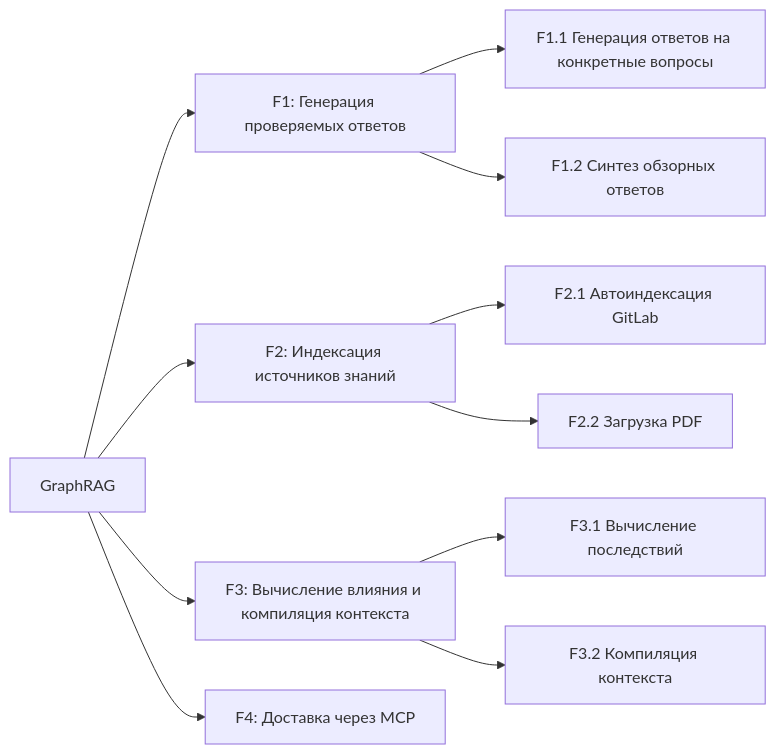
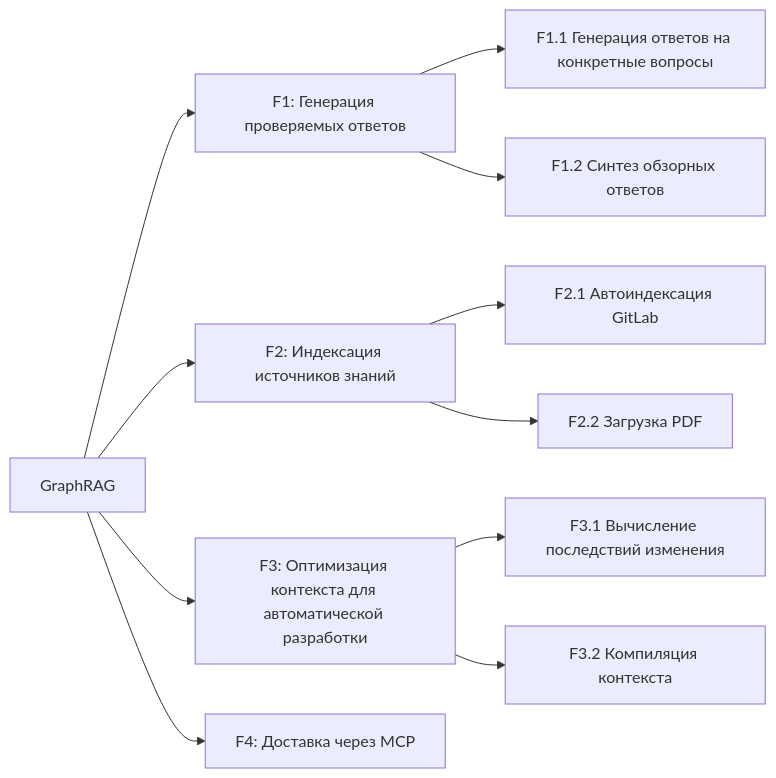
Before and after one commit to n-marusov/graphrag: the first of 2 diagrams in specs/vision.md, drawn with Mermaid. The commit also changed other lines of this file and 1 other file, not shown here.

````diff
--- a/specs/vision.md
+++ b/specs/vision.md
@@ -152,21 +163,21 @@
 ```mermaid
 flowchart LR
     Root["GraphRAG"]
 
     Root --> F1["F1: Генерация проверяемых ответов"]
     Root --> F2["F2: Индексация источников знаний"]
-    Root --> F3["F3: Вычисление влияния и компиляция контекста"]
+    Root --> F3["F3: Оптимизация контекста для автоматической разработки"]
     Root --> F4["F4: Доставка через MCP"]
 
     F1 --> F1_1["F1.1 Генерация ответов на конкретные вопросы"]
     F1 --> F1_2["F1.2 Синтез обзорных ответов"]
 
     F2 --> F2_1["F2.1 Автоиндексация GitLab"]
     F2 --> F2_2["F2.2 Загрузка PDF"]
 
-    F3 --> F3_1["F3.1 Вычисление последствий"]
+    F3 --> F3_1["F3.1 Вычисление последствий изменения"]
     F3 --> F3_2["F3.2 Компиляция контекста"]
 
     %% F4 — независимая функция-интерфейс; канал доступа к F1 и F3
     %% описан в тексте §2.2 (Граница F4), рёбрами в дереве не выражается
 ```
````
